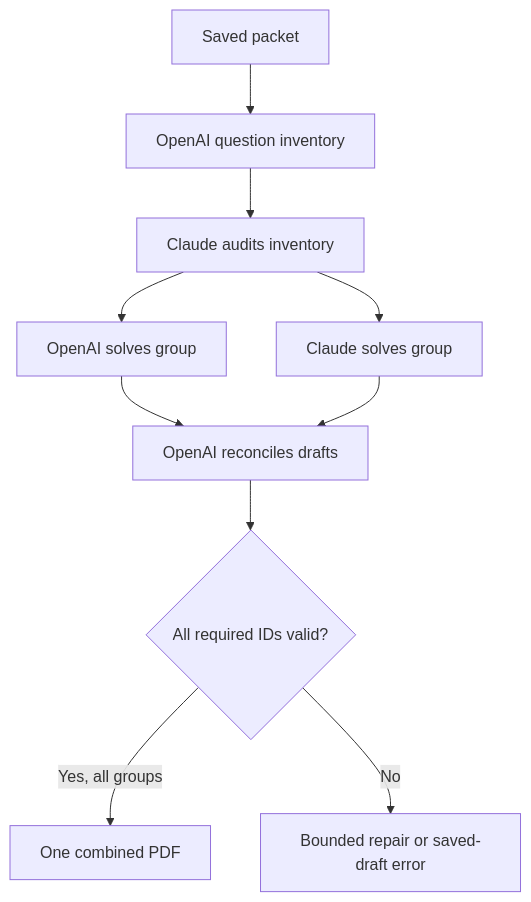
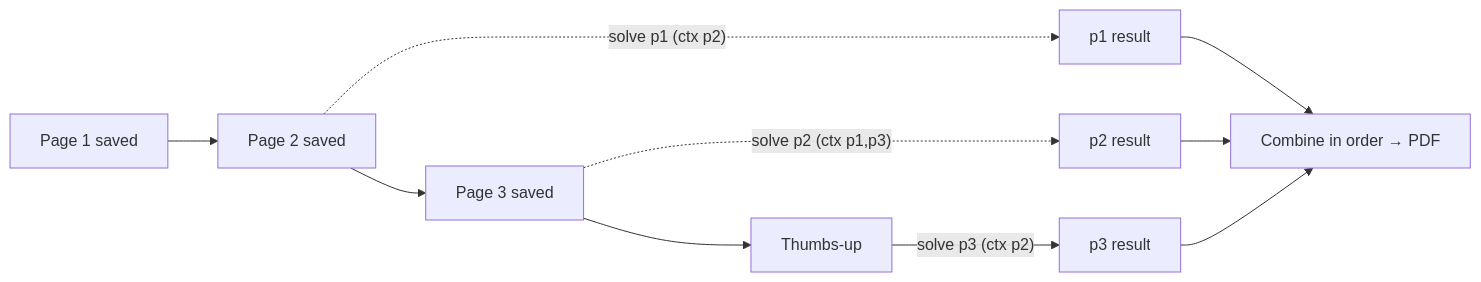
One commit to Moh-bukhari/glasses-solver changed the diagram in AI-HANDOFF.md. Above: the diagram before and after it, drawn with Mermaid. The commit also changed other lines of this file, not shown here.

First line of the commit message:
Update the AI handoff for the 2.0 one-button, gesture-controlled per-page pipeline

````diff
--- a/AI-HANDOFF.md
+++ b/AI-HANDOFF.md
@@ -148,12 +142,8 @@
 ```mermaid
-flowchart TD
-  P["Saved packet"] --> I["OpenAI question inventory"]
-  I --> A["Claude audits inventory"]
-  A --> O["OpenAI solves group"]
-  A --> C["Claude solves group"]
-  O --> R["OpenAI reconciles drafts"]
-  C --> R
-  R --> V{"All required IDs valid?"}
-  V -->|"Yes, all groups"| D["One combined PDF"]
-  V -->|"No"| E["Bounded repair or saved-draft error"]
+flowchart LR
+  S1["Page 1 saved"] --> S2["Page 2 saved"] --> S3["Page 3 saved"] --> F["Thumbs-up"]
+  S2 -.->|"solve p1 (ctx p2)"| R1["p1 result"]
+  S3 -.->|"solve p2 (ctx p1,p3)"| R2["p2 result"]
+  F -->|"solve p3 (ctx p2)"| R3["p3 result"]
+  R1 & R2 & R3 --> C["Combine in order → PDF"]
 ```
````
